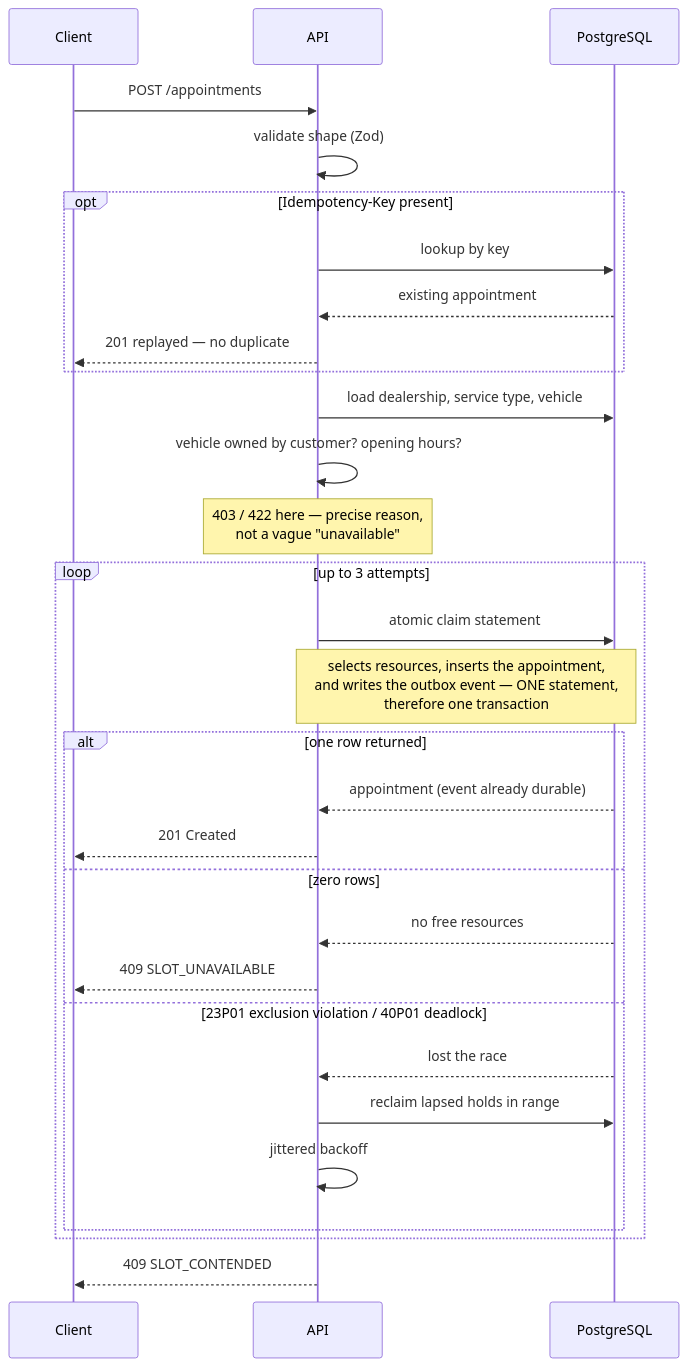
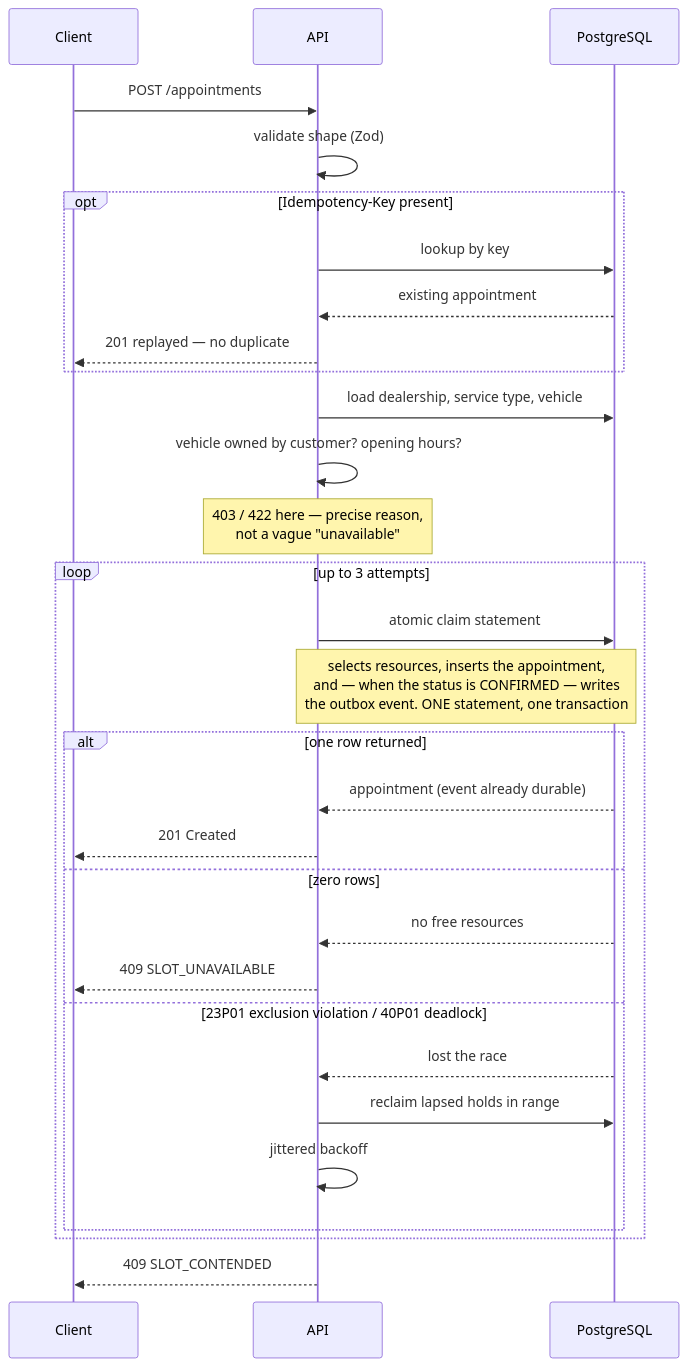
Before and after one commit to quan0401/unified-service-scheduler: the third of 4 diagrams in DESIGN.md, drawn with Mermaid. The commit also changed other lines of this file and 1 other file, not shown here.

````diff
--- a/DESIGN.md
+++ b/DESIGN.md
@@ -320,37 +323,37 @@
 ```mermaid
 sequenceDiagram
     participant C as Client
     participant A as API
     participant P as PostgreSQL
 
     C->>A: POST /appointments
     A->>A: validate shape (Zod)
 
     opt Idempotency-Key present
         A->>P: lookup by key
         P-->>A: existing appointment
         A-->>C: 201 replayed — no duplicate
     end
 
     A->>P: load dealership, service type, vehicle
     A->>A: vehicle owned by customer? opening hours?
     Note over A: 403 / 422 here — precise reason,<br/>not a vague "unavailable"
 
     loop up to 3 attempts
         A->>P: atomic claim statement
-        Note over A,P: selects resources, inserts the appointment,<br/>and writes the outbox event — ONE statement,<br/>therefore one transaction
+        Note over A,P: selects resources, inserts the appointment,<br/>and — when the status is CONFIRMED — writes<br/>the outbox event. ONE statement, one transaction
         alt one row returned
             P-->>A: appointment (event already durable)
             A-->>C: 201 Created
         else zero rows
             P-->>A: no free resources
             A-->>C: 409 SLOT_UNAVAILABLE
         else 23P01 exclusion violation / 40P01 deadlock
             P-->>A: lost the race
             A->>P: reclaim lapsed holds in range
             A->>A: jittered backoff
         end
     end
 
     A-->>C: 409 SLOT_CONTENDED
 ```
````
